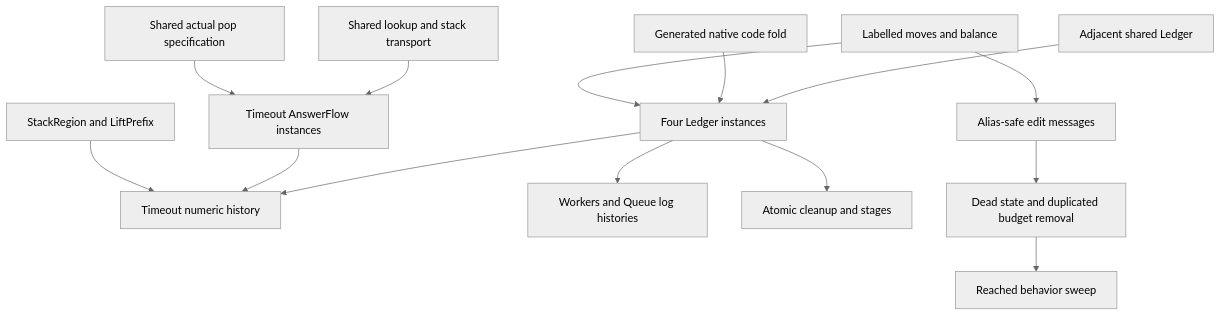
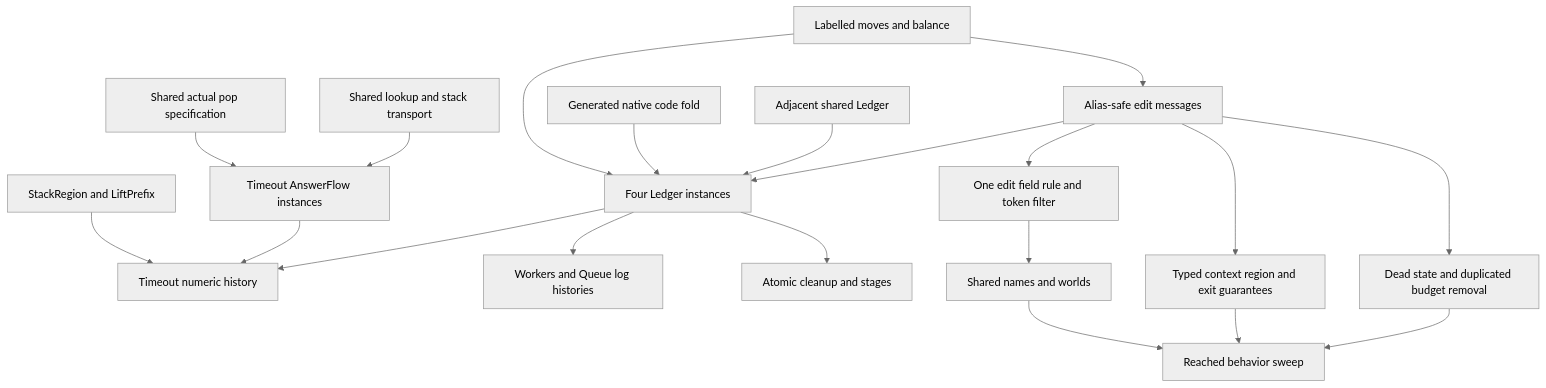
Before and after one commit to pure-algebra/lean4-effect4: the diagram in docs/research/2026-10-11-machine-models/codex/PLAN.md, drawn with Mermaid (neutral theme). The commit also changed other lines of this file and 147 other files, not shown here.

Commit message:
Apply fiber edit messages before settlement disposition

````diff
--- a/docs/research/2026-10-11-machine-models/codex/PLAN.md
+++ b/docs/research/2026-10-11-machine-models/codex/PLAN.md
@@ -54,16 +56,22 @@
 ```mermaid
 flowchart TD
   Pop[Shared actual pop specification] --> Flow[Timeout AnswerFlow instances]
   Labels[Labelled moves and balance] --> Ledgers[Four Ledger instances]
   Fold[Generated native code fold] --> Ledgers
   Ledger[Adjacent shared Ledger] --> Ledgers
   Interference[Shared lookup and stack transport] --> Flow
   Region[StackRegion and LiftPrefix] --> Timeout[Timeout numeric history]
   Flow --> Timeout
   Ledgers --> Timeout
   Ledgers --> Workers[Workers and Queue log histories]
   Ledgers --> Atomic[Atomic cleanup and stages]
   Labels --> Messages[Alias-safe edit messages]
+  Messages --> Fields[One edit field rule and token filter]
+  Fields --> Names[Shared names and worlds]
+  Messages --> Ledgers
+  Messages --> Context[Typed context region and exit guarantees]
   Messages --> Cleanup[Dead state and duplicated budget removal]
-  Cleanup --> Gates[Reached behavior sweep]
+  Names --> Gates[Reached behavior sweep]
+  Context --> Gates
+  Cleanup --> Gates
 ```
````
